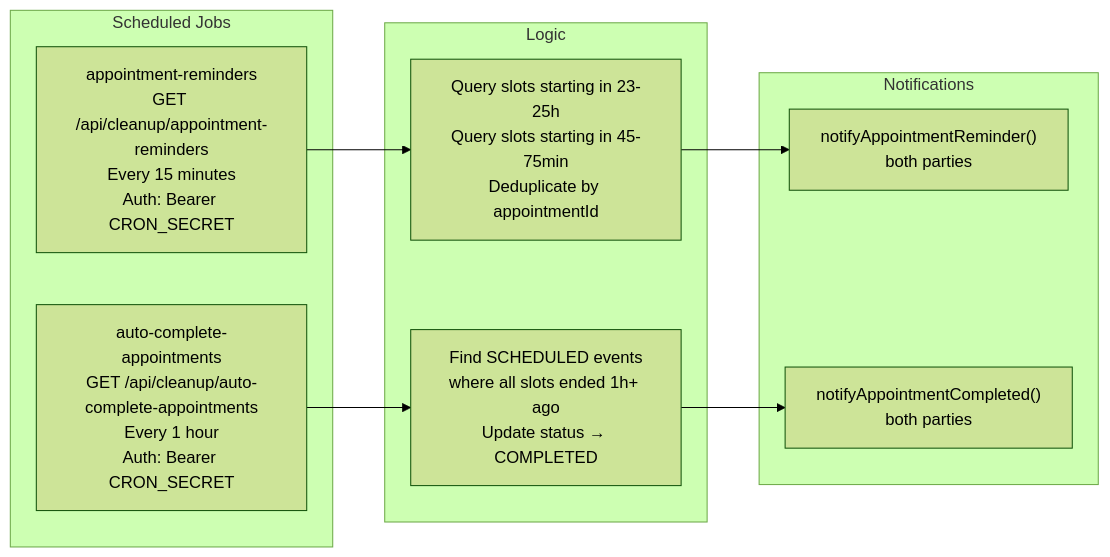
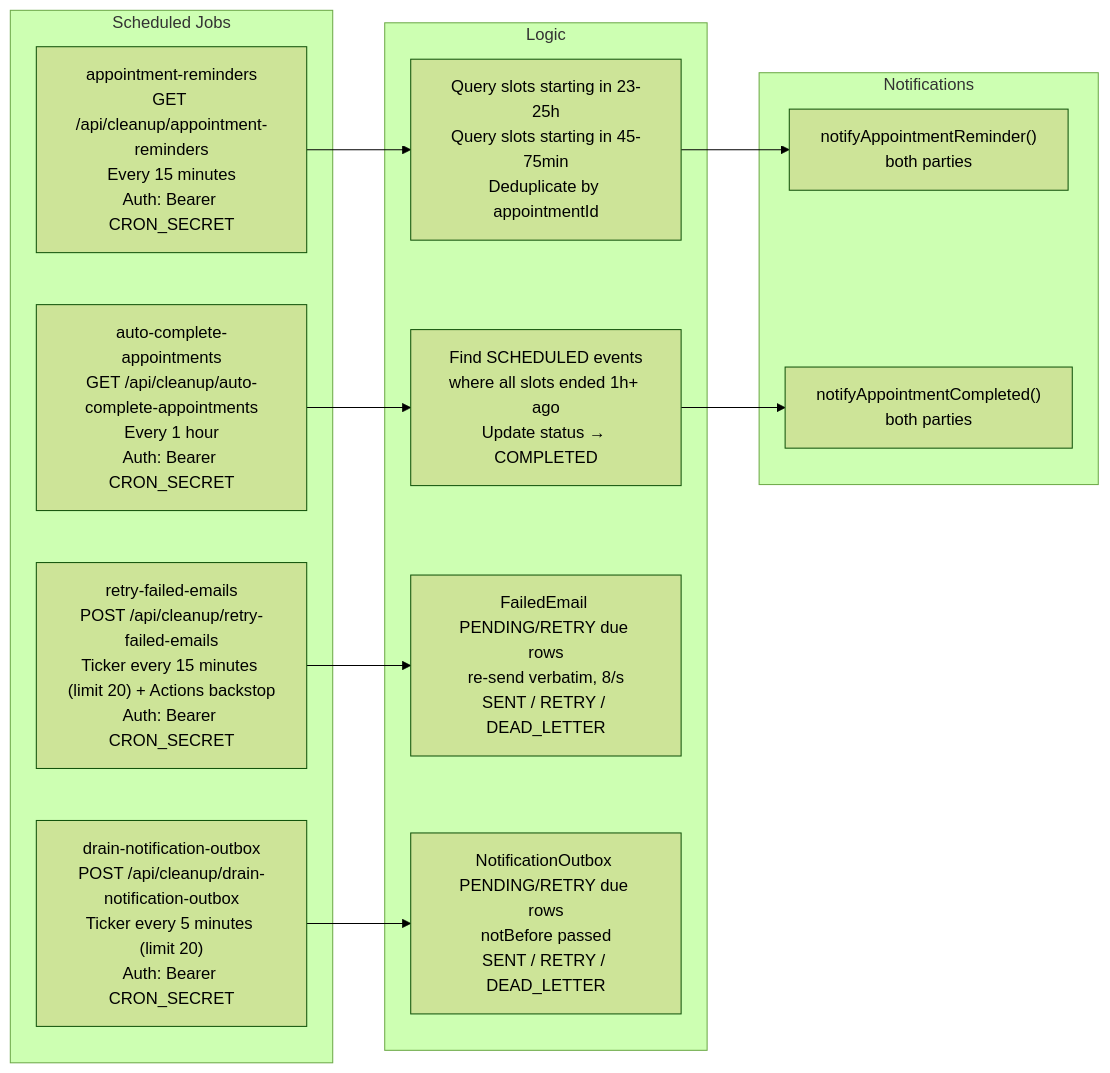
Before and after one commit to Practitionist/familiarise_web: the fifth of 5 diagrams in docs/notifications/04-ecosystem-architecture.md, drawn with Mermaid (forest theme). The commit also changed other lines of this file and 6 other files, not shown here.

First line of the commit message:
docs(notifications): the two-phase deliver, the Novu outbox, the relays on the ticker and the budgets (#1654)

````diff
--- a/docs/notifications/04-ecosystem-architecture.md
+++ b/docs/notifications/04-ecosystem-architecture.md
@@ -386,20 +396,26 @@
 ```mermaid
 flowchart LR
     subgraph CRONS["Scheduled Jobs"]
         C1["appointment-reminders\nGET /api/cleanup/appointment-reminders\nEvery 15 minutes\nAuth: Bearer CRON_SECRET"]
         C2["auto-complete-appointments\nGET /api/cleanup/auto-complete-appointments\nEvery 1 hour\nAuth: Bearer CRON_SECRET"]
+        C3["retry-failed-emails\nPOST /api/cleanup/retry-failed-emails\nTicker every 15 minutes (limit 20) + Actions backstop\nAuth: Bearer CRON_SECRET"]
+        C4["drain-notification-outbox\nPOST /api/cleanup/drain-notification-outbox\nTicker every 5 minutes (limit 20)\nAuth: Bearer CRON_SECRET"]
     end
 
     subgraph LOGIC["Logic"]
         L1["Query slots starting in 23-25h\nQuery slots starting in 45-75min\nDeduplicate by appointmentId"]
         L2["Find SCHEDULED events\nwhere all slots ended 1h+ ago\nUpdate status → COMPLETED"]
+        L3["FailedEmail PENDING/RETRY due rows\nre-send verbatim, 8/s\nSENT / RETRY / DEAD_LETTER"]
+        L4["NotificationOutbox PENDING/RETRY due rows\nnotBefore passed\nSENT / RETRY / DEAD_LETTER"]
     end
 
     subgraph NOTIFY["Notifications"]
         N1["notifyAppointmentReminder()\nboth parties"]
         N2["notifyAppointmentCompleted()\nboth parties"]
     end
 
     C1 --> L1 --> N1
     C2 --> L2 --> N2
+    C3 --> L3
+    C4 --> L4
 ```
````
